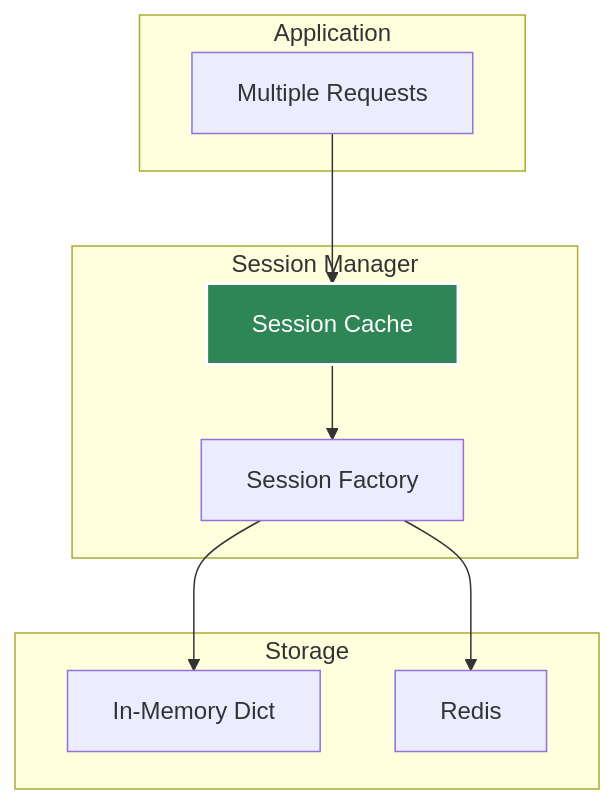
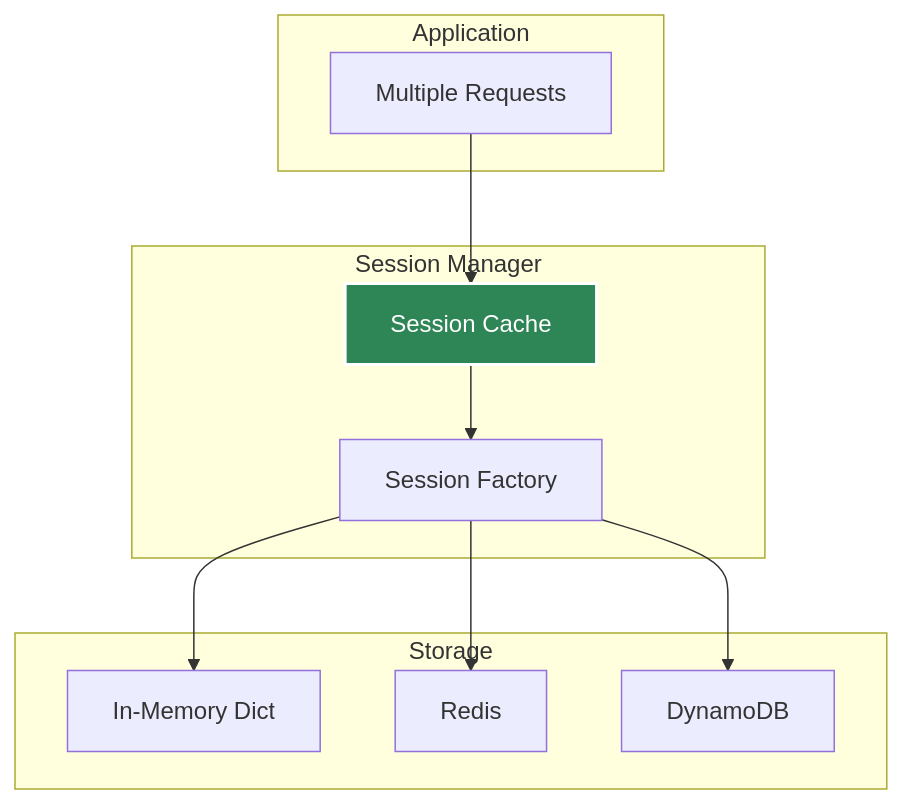
One commit to yaalalabs/agent-kernel changed the first of 2 diagrams in docs/docs/architecture/session-management.md. Above: the diagram before and after it, drawn with Mermaid. The commit also changed other lines of this file and 9 other files, not shown here.

````diff
--- a/docs/docs/architecture/session-management.md
+++ b/docs/docs/architecture/session-management.md
@@ -11,23 +11,25 @@
 ```mermaid
 graph TB
     subgraph "Application"
         A[Multiple Requests]
     end
     
     subgraph "Session Manager"
         B[Session Cache]
         C[Session Factory]
     end
     
     subgraph "Storage"
         D[In-Memory Dict]
         E[Redis]
+        F[DynamoDB]
     end
     
     A --> B
     B --> C
     C --> D
     C --> E
+    C --> F
     
     style B fill:#2e8555,stroke:#fff,stroke-width:2px,color:#fff
 ```
````
